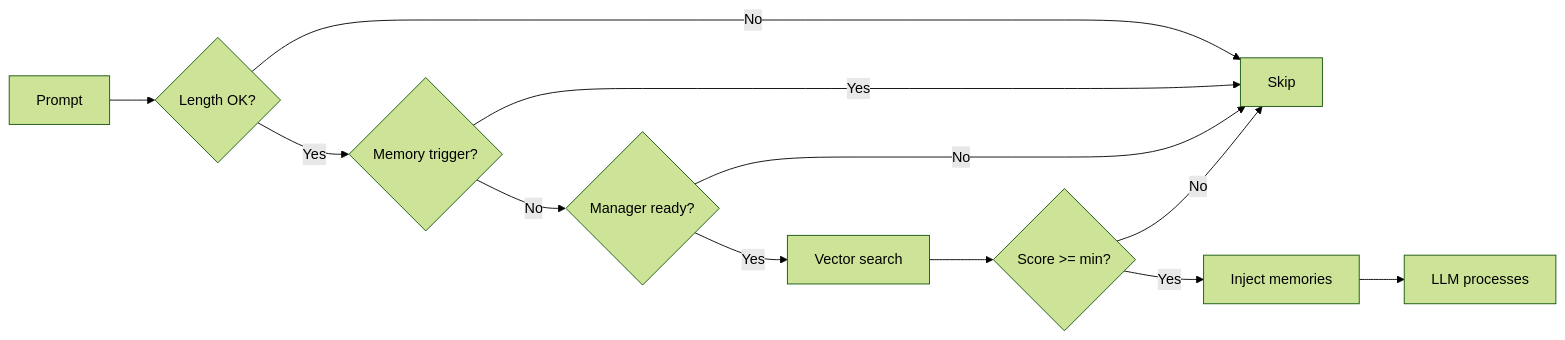
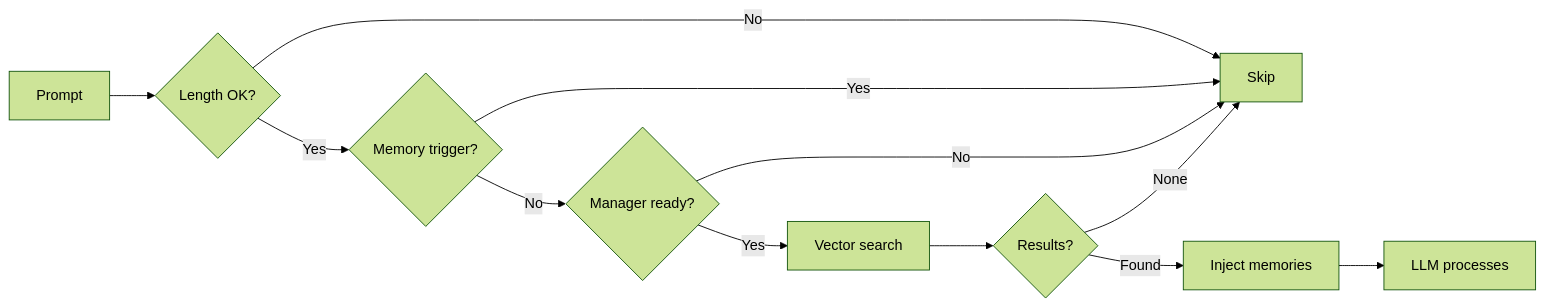
One commit to aloong-planet/openclaw-memory-core-plus changed the first of 2 diagrams in README.md. Above: the diagram before and after it, drawn with Mermaid (forest theme). The commit also changed other lines of this file and 6 other files, not shown here.

Commit message:
feat!: default autoRecall to true and remove autoRecallMinScore

````diff
--- a/README.md
+++ b/README.md
@@ -77,14 +77,14 @@
 ```mermaid
 flowchart LR
     A[Prompt] --> B{Length OK?}
     B -- No --> X[Skip]
     B -- Yes --> C{Memory trigger?}
     C -- Yes --> X
     C -- No --> D{Manager ready?}
     D -- No --> X
     D -- Yes --> E[Vector search]
-    E --> F{Score >= min?}
-    F -- No --> X
-    F -- Yes --> G[Inject memories]
+    E --> F{Results?}
+    F -- None --> X
+    F -- Found --> G[Inject memories]
     G --> H[LLM processes]
 ```
````
